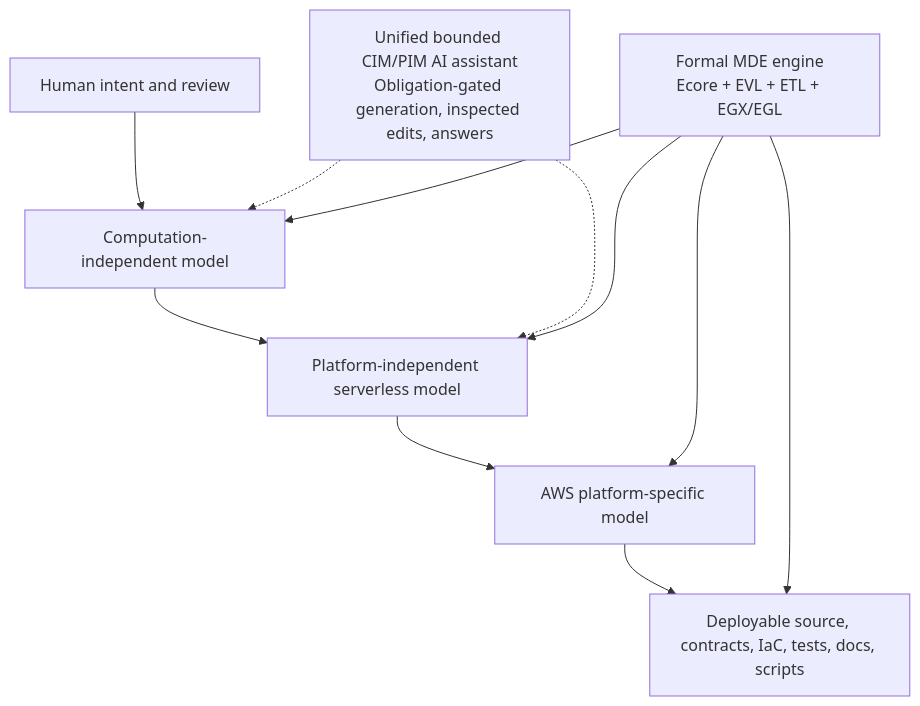
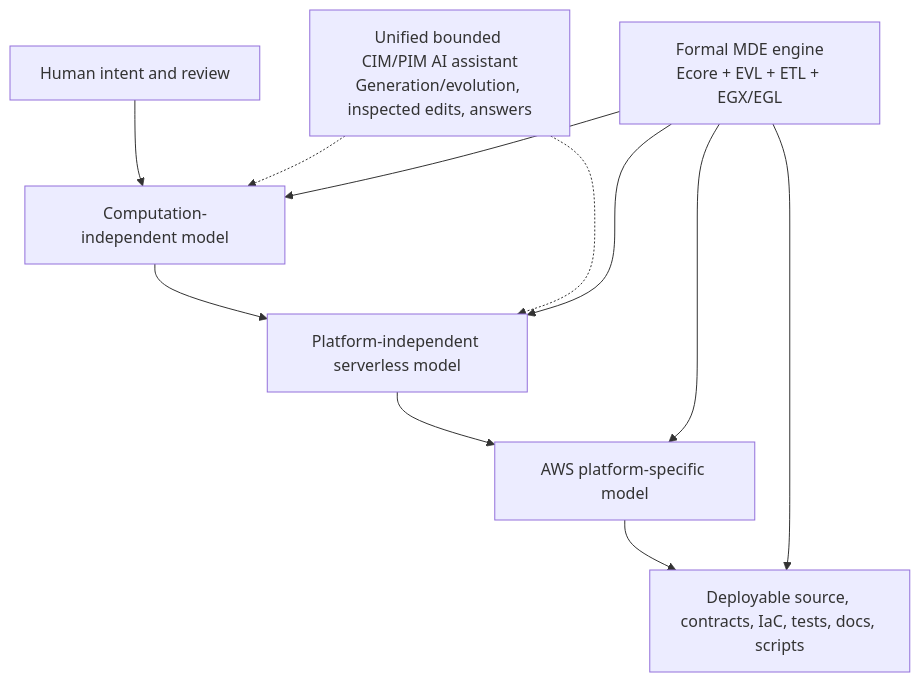
The second of 2 diagrams in docs/diagrams/01-c4-system-context.md (mehdieidi/modriss), drawn with Mermaid before and after one commit. The commit also changed other lines of this file and 34 other files, not shown here.

First line of the commit message:
feat(ai): enhanced AI assistant guide to clarify conceptual generation and evolution processes

````diff
--- a/docs/diagrams/01-c4-system-context.md
+++ b/docs/diagrams/01-c4-system-context.md
@@ -27,18 +27,18 @@
 ```mermaid
 flowchart TB
     intent["Human intent and review"]
     cim["Computation-independent model"]
     pim["Platform-independent serverless model"]
     psm["AWS platform-specific model"]
     artifacts["Deployable source, contracts, IaC, tests, docs, scripts"]
-    assistant["Unified bounded CIM/PIM AI assistant<br/>Obligation-gated generation, inspected edits, answers"]
+    assistant["Unified bounded CIM/PIM AI assistant<br/>Generation/evolution, inspected edits, answers"]
     formal["Formal MDE engine<br/>Ecore + EVL + ETL + EGX/EGL"]
 
     intent --> cim --> pim --> psm --> artifacts
     assistant -.-> cim
     assistant -.-> pim
     formal --> cim
     formal --> pim
     formal --> psm
     formal --> artifacts
 ```
````
